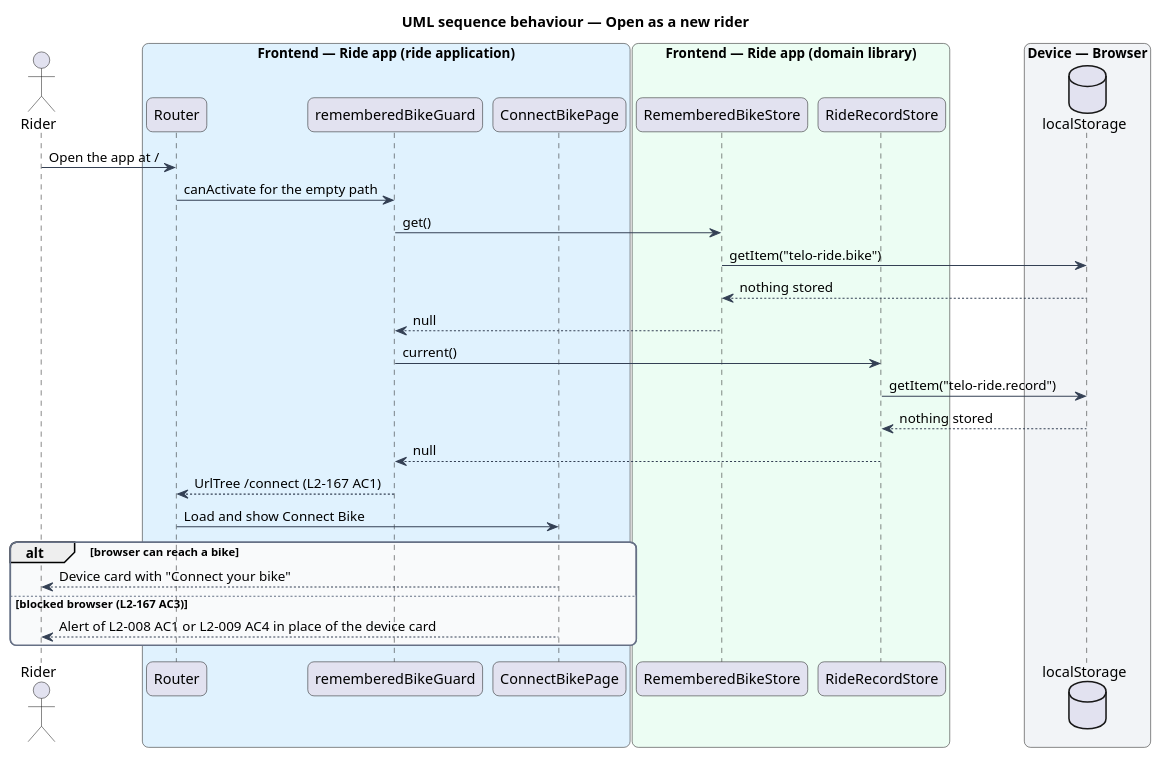
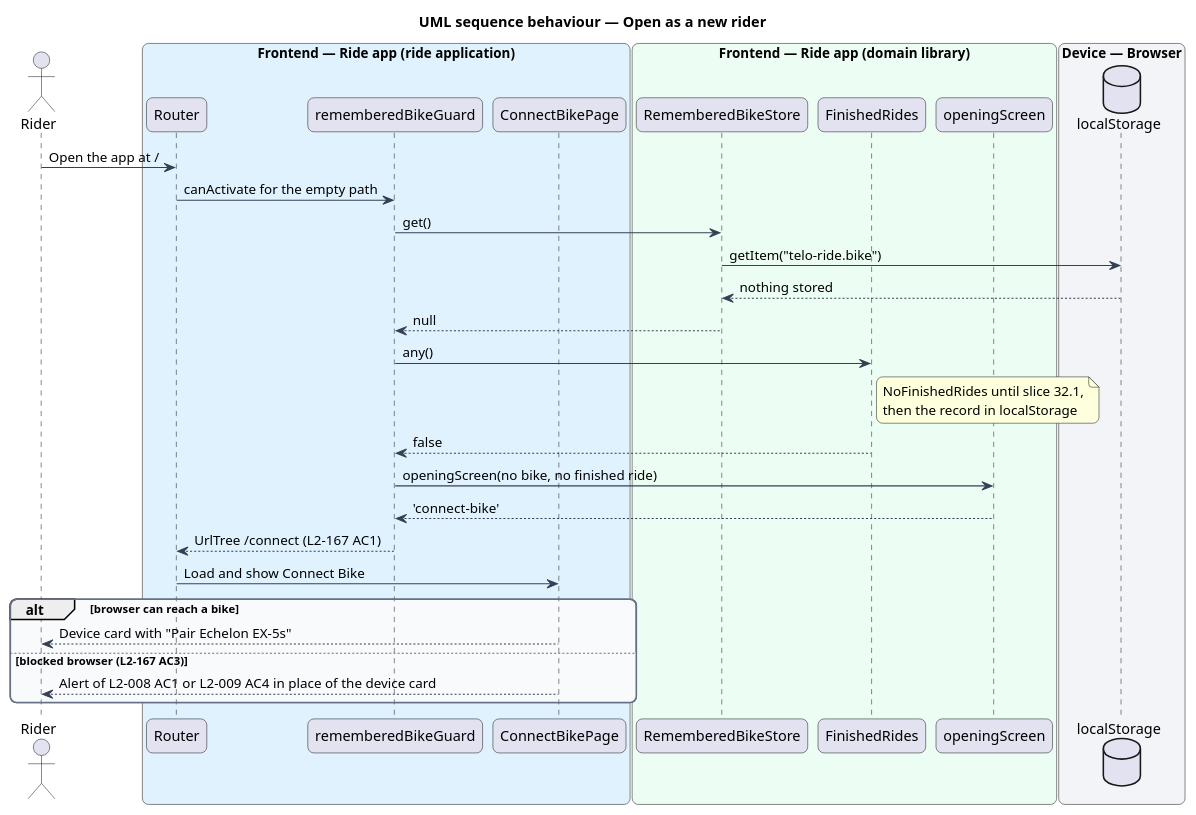
One commit to QuinntyneBrown/ride-one changed the diagram in docs/detailed-designs/the-class/open-the-app/diagrams/sequence-open-as-a-new-rider.puml. Above: the diagram before and after it, drawn with PlantUML. The commit also changed 63 other files, not shown here.

First line of the commit message:
Slice 30.5: Open where the rider belongs

```diff
--- a/docs/detailed-designs/the-class/open-the-app/diagrams/sequence-open-as-a-new-rider.puml
+++ b/docs/detailed-designs/the-class/open-the-app/diagrams/sequence-open-as-a-new-rider.puml
@@ -1,47 +1,49 @@
 @startuml
 title UML sequence behaviour — Open as a new rider
 skinparam backgroundColor #FFFFFF
 skinparam shadowing false
 skinparam roundcorner 12
 skinparam defaultFontName Arial
 skinparam ArrowColor #344054
 skinparam rectangle {
   BorderColor #344054
   FontColor #101828
 }
 skinparam package {
   BorderColor #667085
   FontColor #101828
   BackgroundColor #F9FAFB
 }
 actor "Rider" as rider
 box "Frontend — Ride app (ride application)" #E0F2FE
   participant "Router" as router
   participant "rememberedBikeGuard" as guard
   participant "ConnectBikePage" as connect
 end box
 box "Frontend — Ride app (domain library)" #ECFDF3
   participant "RememberedBikeStore" as bikes
-  participant "RideRecordStore" as record
+  participant "FinishedRides" as record
+  participant "openingScreen" as rule
 end box
 box "Device — Browser" #F2F4F7
   database "localStorage" as storage
 end box
 rider -> router : Open the app at /
 router -> guard : canActivate for the empty path
 guard -> bikes : get()
 bikes -> storage : getItem("telo-ride.bike")
 storage --> bikes : nothing stored
 bikes --> guard : null
-guard -> record : current()
-record -> storage : getItem("telo-ride.record")
-storage --> record : nothing stored
-record --> guard : null
+guard -> record : any()
+note right of record : NoFinishedRides until slice 32.1,\nthen the record in localStorage
+record --> guard : false
+guard -> rule : openingScreen(no bike, no finished ride)
+rule --> guard : 'connect-bike'
 guard --> router : UrlTree /connect (L2-167 AC1)
 router -> connect : Load and show Connect Bike
 alt browser can reach a bike
-  connect --> rider : Device card with "Connect your bike"
+  connect --> rider : Device card with "Pair Echelon EX-5s"
 else blocked browser (L2-167 AC3)
   connect --> rider : Alert of L2-008 AC1 or L2-009 AC4 in place of the device card
 end
 @enduml
```
